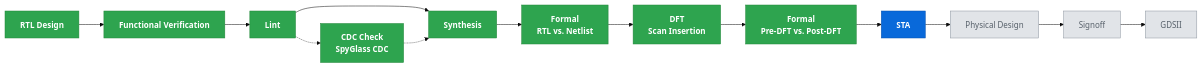
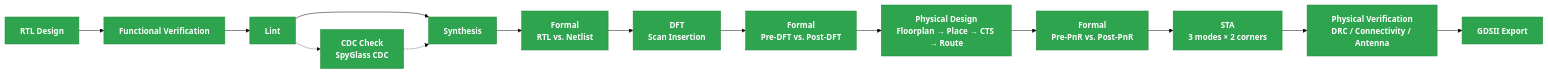
One commit to ebrahimedress05/Dual-Clock-UART-ALU-SoC changed the first of 3 diagrams in README.md. Above: the diagram before and after it, drawn with Mermaid (base theme). The commit also changed other lines of this file and 115 other files, not shown here.

First line of the commit message:
pnr: complete place & route, STA and formal verification; finalize README

````diff
--- a/README.md
+++ b/README.md
@@ -25,24 +26,23 @@
 ```mermaid
 flowchart LR
     A[RTL Design] --> B[Functional Verification]
     B --> C[Lint]
     C --> D[Synthesis]
     D --> E["Formal<br/>RTL vs. Netlist"]
     E --> F["DFT<br/>Scan Insertion"]
     F --> G["Formal<br/>Pre-DFT vs. Post-DFT"]
-    G --> H[STA]
-    H --> I[Physical Design]
-    I --> J[Signoff]
-    J --> K[GDSII]
+    G --> I["Physical Design<br/>Floorplan → Place → CTS → Route"]
+    I --> M["Formal<br/>Pre-PnR vs. Post-PnR"]
+    M --> H["STA<br/>3 modes × 2 corners"]
+    H --> J["Physical Verification<br/>DRC / Connectivity / Antenna"]
+    J --> K[GDSII Export]
 
     C -.-> L["CDC Check<br/>SpyGlass CDC"]
     L -.-> D
 
     classDef done fill:#2ea44f,stroke:#22863a,color:#ffffff,font-weight:bold;
     classDef next fill:#0969da,stroke:#0550ae,color:#ffffff,font-weight:bold;
     classDef pending fill:#e1e4e8,stroke:#8c959f,color:#57606a;
 
-    class A,B,C,D,E,F,G,L done
-    class H next
-    class I,J,K pending
+    class A,B,C,D,E,F,G,I,M,H,J,K,L done
 ```
````
